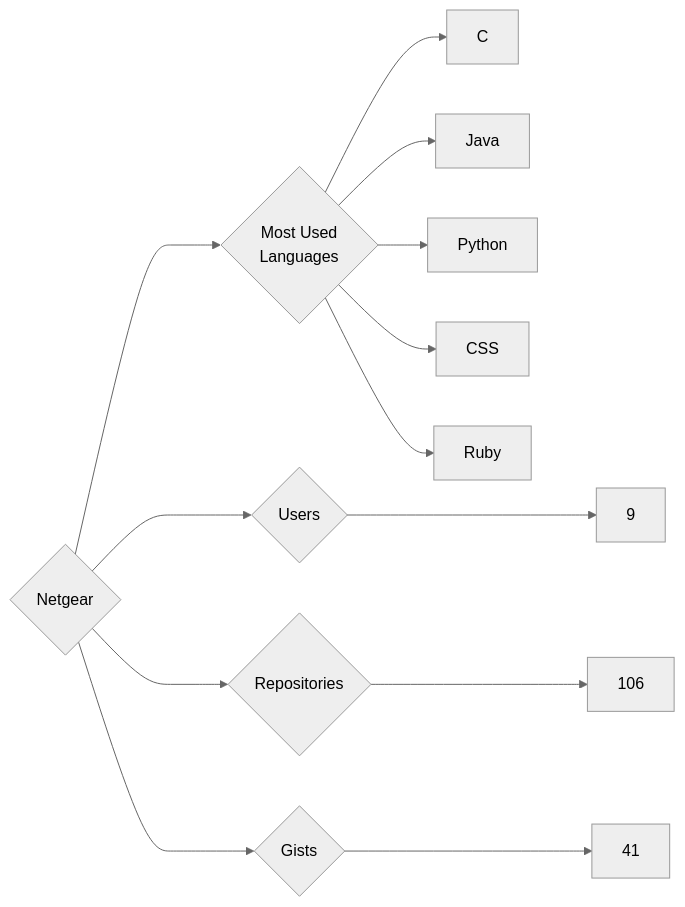
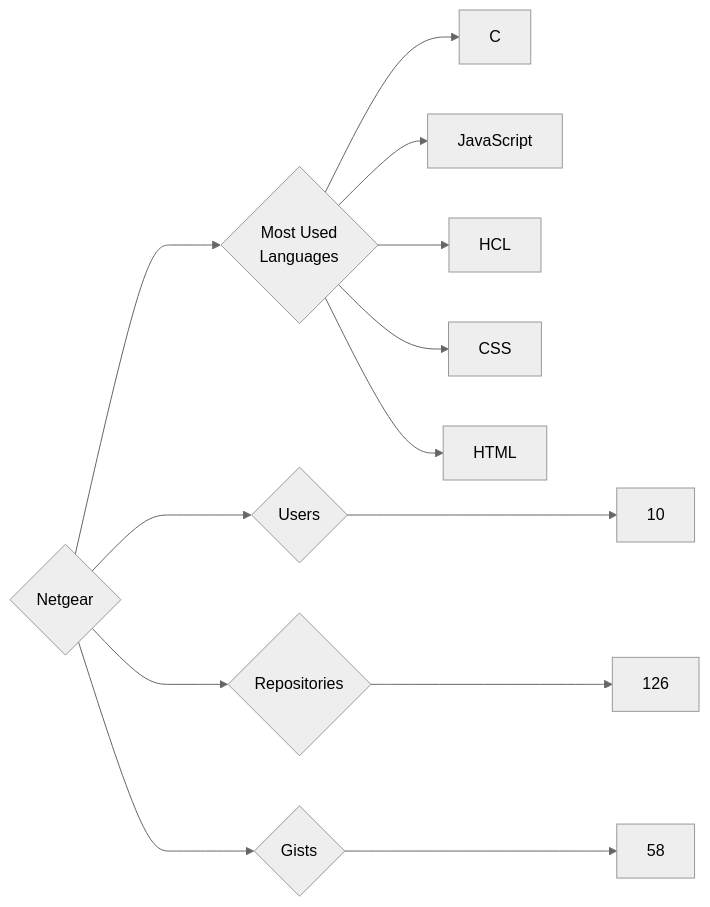
Before and after one commit to trickest/insiders: the diagram in targets/Netgear/README.md, drawn with Mermaid (neutral theme). The commit also changed 1508 other files, not shown here.

````diff
--- a/targets/Netgear/README.md
+++ b/targets/Netgear/README.md
@@ -3,13 +3,13 @@
 ```mermaid
 graph LR
 COMPANY_NAME{Netgear}
-COMPANY_NAME ---> U{Users} ---> UN[9]
-COMPANY_NAME ---> R{Repositories} ---> RN[106]
-COMPANY_NAME ---> G{Gists} ---> GN[41]
+COMPANY_NAME ---> U{Users} ---> UN[10]
+COMPANY_NAME ---> R{Repositories} ---> RN[126]
+COMPANY_NAME ---> G{Gists} ---> GN[58]
 COMPANY_NAME ---> ML{Most Used<br>Languages}
 ML --> C[C]
-ML --> Java[Java]
-ML --> Python[Python]
+ML --> JavaScript[JavaScript]
+ML --> HCL[HCL]
 ML --> CSS[CSS]
-ML --> Ruby[Ruby]
+ML --> HTML[HTML]
 ```
````
